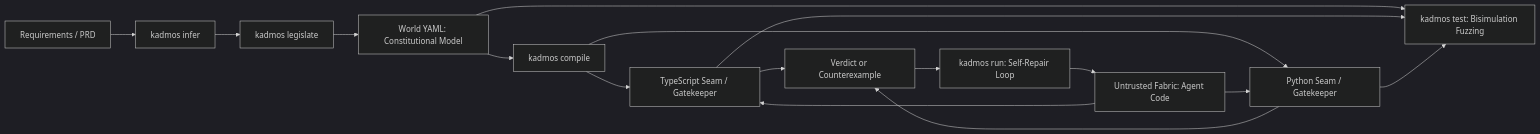
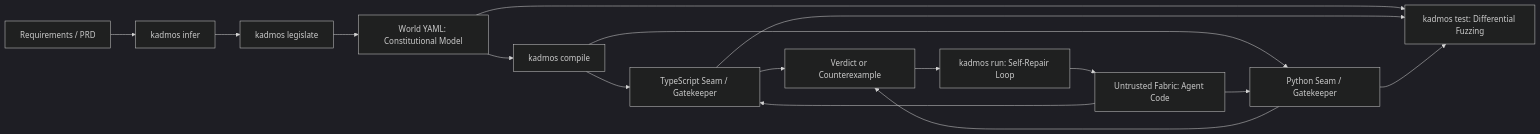
Before and after one commit to substratum-labs/kadmos: the diagram in README.md, drawn with Mermaid (dark theme). The commit also changed other lines of this file and 13 other files, not shown here.

````diff
--- a/README.md
+++ b/README.md
@@ -29,18 +29,18 @@
 ```mermaid
 flowchart LR
     P[Requirements / PRD] --> I[kadmos infer]
     I --> L[kadmos legislate]
     L --> W[World YAML: Constitutional Model]
     W --> C[kadmos compile]
     C --> T[TypeScript Seam / Gatekeeper]
     C --> Y[Python Seam / Gatekeeper]
     F[Untrusted Fabric: Agent Code] --> T
     F --> Y
     T --> V[Verdict or Counterexample]
     Y --> V
     V --> R[kadmos run: Self-Repair Loop]
     R --> F
-    W --> X[kadmos test: Bisimulation Fuzzing]
+    W --> X[kadmos test: Differential Fuzzing]
     T --> X
     Y --> X
 ```
````
